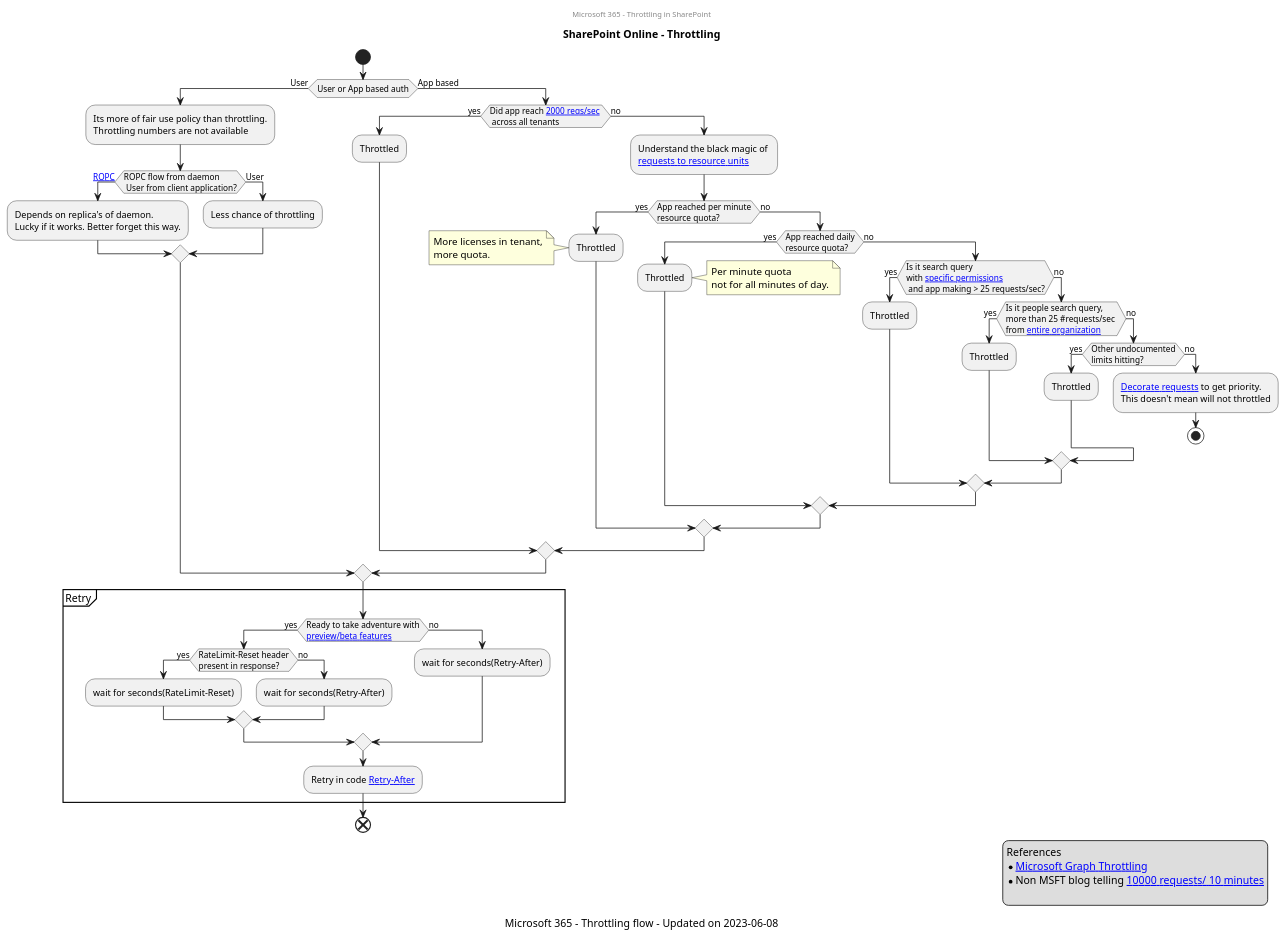
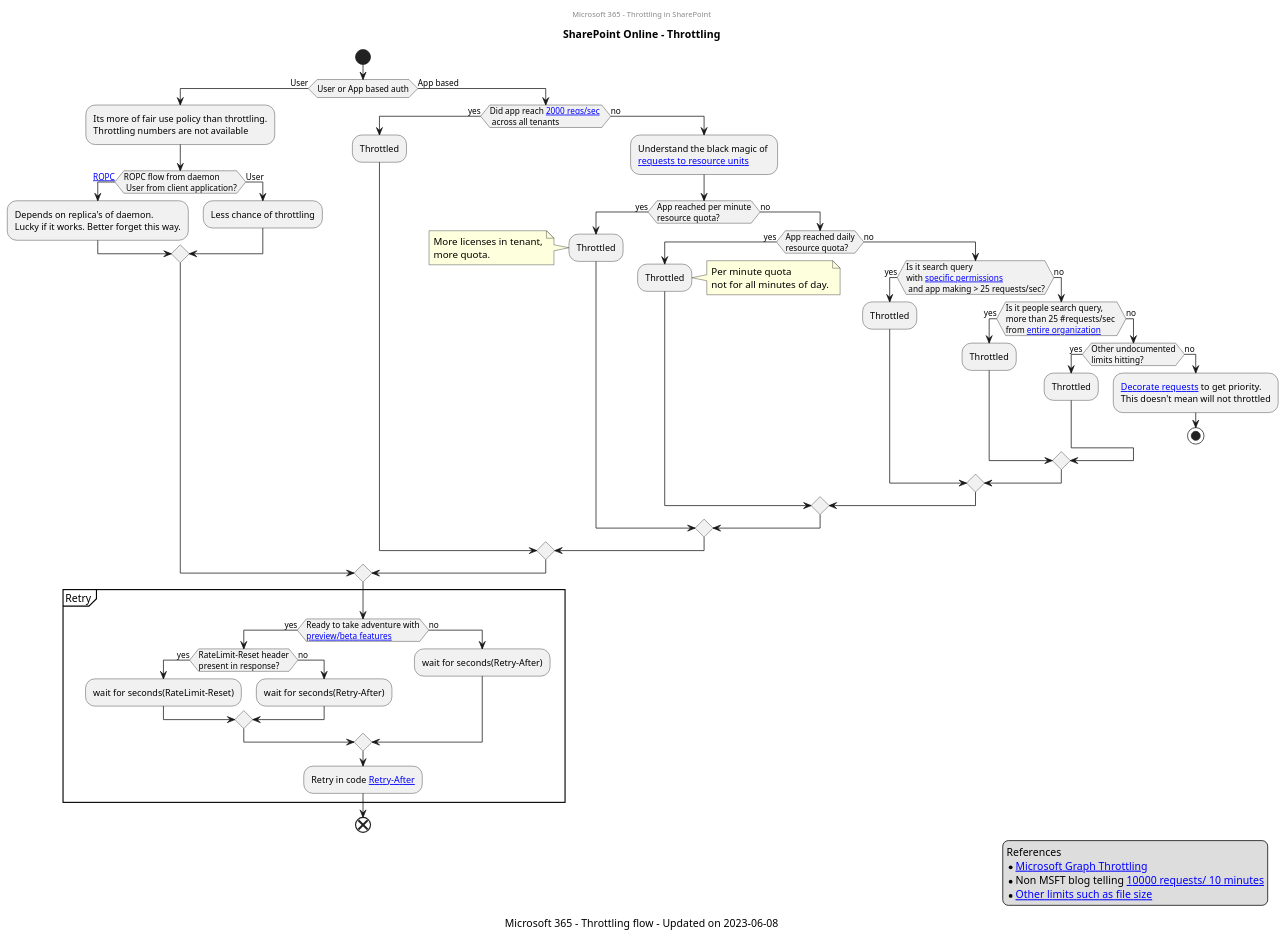
The diagram in programming/microsoft-365/sharepoint/throttling-flow.puml (mind-maps/software), drawn with PlantUML before and after one commit.

Commit message:
Added SPO limits

```diff
--- a/programming/microsoft-365/sharepoint/throttling-flow.puml
+++ b/programming/microsoft-365/sharepoint/throttling-flow.puml
@@ -1,69 +1,69 @@
 @startuml "Throttling"
 center header
 Microsoft 365 - Throttling in SharePoint
 endheader
 
 title SharePoint Online - Throttling 
 
 start
 if (User or App based auth) then (User)
     :Its more of fair use policy than throttling.
     Throttling numbers are not available;
     if(ROPC flow from daemon\n User from client application?) then ([[https://learn.microsoft.com/en-us/azure/active-directory/develop/v2-oauth-ropc ROPC]])
         :Depends on replica's of daemon.
         Lucky if it works. Better forget this way.;
     else (User)
         :Less chance of throttling;
     endif
 else (App based)
     if (Did app reach [[https://learn.microsoft.com/en-us/graph/throttling-limits#ms--in-this-article 2000 reqs/sec]] \n across all tenants) then (yes)
         :Throttled;
     else (no)
         :Understand the black magic of \n[[https://learn.microsoft.com/en-us/sharepoint/dev/general-development/how-to-avoid-getting-throttled-or-blocked-in-sharepoint-online#application-throttling requests to resource units]];
         if(App reached per minute\nresource quota?) then (yes)
             :Throttled;
             note left: More licenses in tenant,\nmore quota.
         else (no)
             if(App reached daily\nresource quota?) then (yes)
                 :Throttled;
                 note right:Per minute quota \nnot for all minutes of day.
             else (no)
                 if(Is it search query \nwith [[https://learn.microsoft.com/en-us/sharepoint/dev/general-development/how-to-avoid-getting-throttled-or-blocked-in-sharepoint-online#when-using-app-only-authentication-with-sitesreadall-permission specific permissions]]\n and app making > 25 requests/sec?) then (yes)
                     :Throttled;
                 else (no)
                     if(Is it people search query, \nmore than 25 #requests/sec \nfrom [[https://learn.microsoft.com/en-us/sharepoint/dev/general-development/how-to-avoid-getting-throttled-or-blocked-in-sharepoint-online#when-searching-for-people-search-results entire organization]]) then (yes)
                         :Throttled;
                     else (no)
                         if(Other undocumented\nlimits hitting?) then (yes)
                             :Throttled;
                         else (no)
                             :[[https://learn.microsoft.com/en-us/sharepoint/dev/general-development/how-to-avoid-getting-throttled-or-blocked-in-sharepoint-online#how-to-decorate-your-http-traffic Decorate requests]] to get priority.\nThis doesn't mean will not throttled;
                             stop
                         endif
                     endif
                 endif
             endif
         endif
     endif
 endif
 partition Retry {
     if(Ready to take adventure with\n[[https://learn.microsoft.com/en-us/sharepoint/dev/general-development/how-to-avoid-getting-throttled-or-blocked-in-sharepoint-online#ratelimit-headers---preview preview/beta features]]) then (yes)
         if(RateLimit-Reset header\npresent in response?) then (yes)
             :wait for seconds(RateLimit-Reset);
         else (no)
             :wait for seconds(Retry-After);
         endif
     else (no)
         :wait for seconds(Retry-After);
     endif
     :Retry in code [[https://learn.microsoft.com/en-us/sharepoint/dev/general-development/how-to-avoid-getting-throttled-or-blocked-in-sharepoint-online#retry-after-header Retry-After]];
 }
 legend right
     References
     * [[https://learn.microsoft.com/en-us/graph/throttling Microsoft Graph Throttling]]
     * Non MSFT blog telling [[https://www.spdoctor.com/articles/Microsoft_Graph_-_Don't_Get_Throttled!.html 10000 requests/ 10 minutes]]
-    
+    * [[https://learn.microsoft.com/en-us/office365/servicedescriptions/sharepoint-online-service-description/sharepoint-online-limits Other limits such as file size]]
 endlegend
 caption Microsoft 365 - Throttling flow - Updated on 2023-06-08
 end
 @enduml
```
